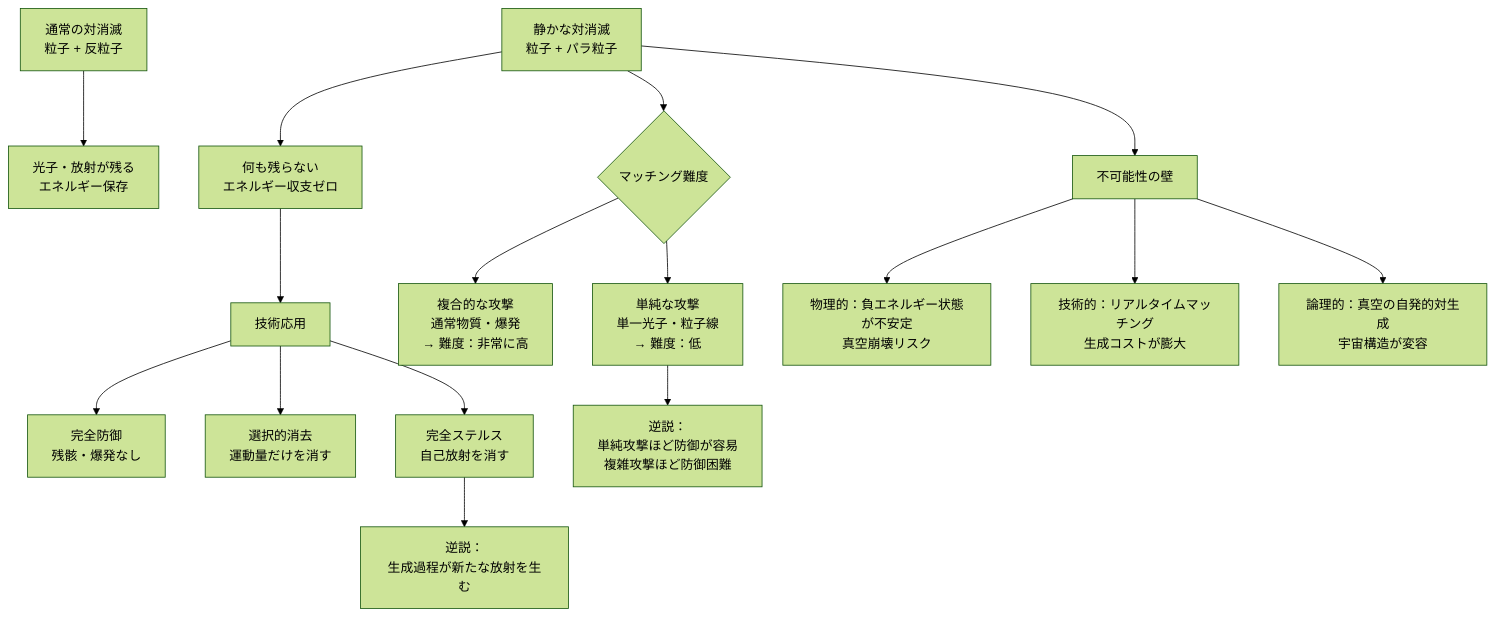
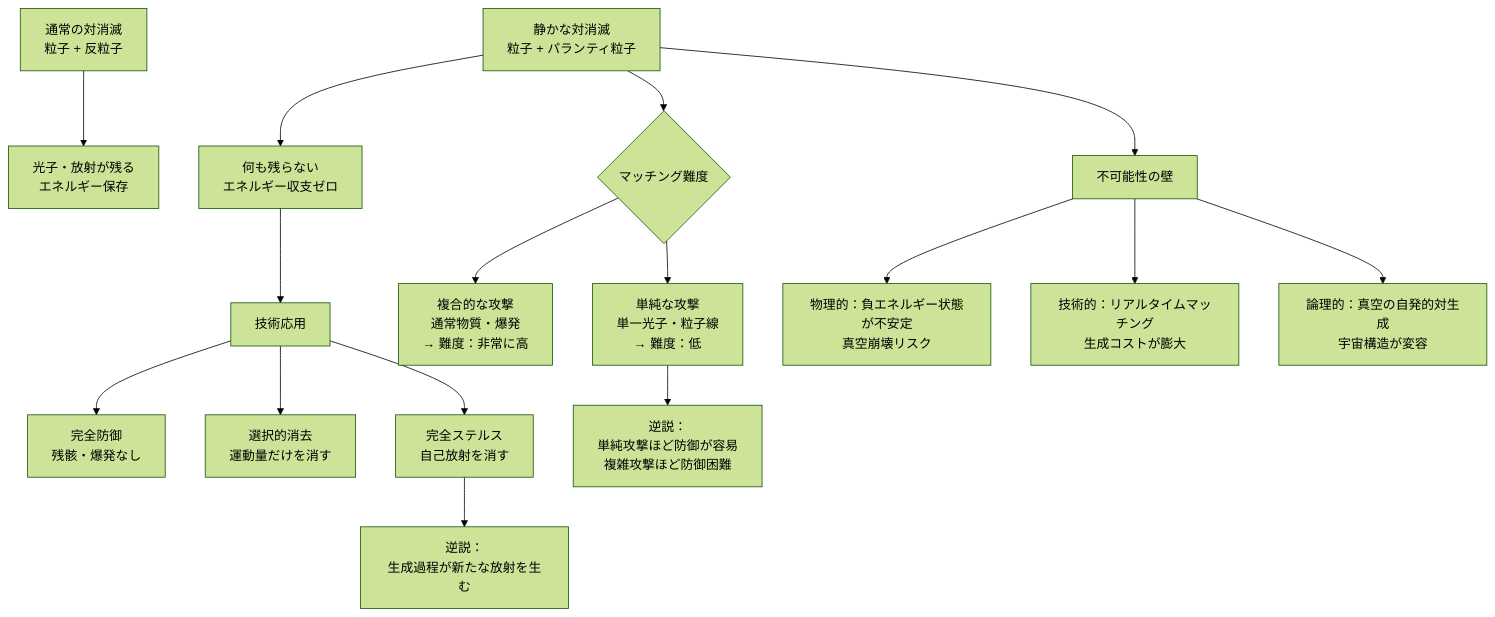
One commit to theronium/WhatIfImpossible changed the diagram in docs/physics/wiim_038.md. Above: the diagram before and after it, drawn with Mermaid (forest theme). The commit also changed other lines of this file and 35 other files, not shown here.

````diff
--- a/docs/physics/wiim_038.md
+++ b/docs/physics/wiim_038.md
@@ -113,23 +113,23 @@
 ```mermaid
 flowchart TD
     A[通常の対消滅\n粒子 + 反粒子] --> A1[光子・放射が残る\nエネルギー保存]
 
-    B[静かな対消滅\n粒子 + パラ粒子] --> B1[何も残らない\nエネルギー収支ゼロ]
+    B[静かな対消滅\n粒子 + パランティ粒子] --> B1[何も残らない\nエネルギー収支ゼロ]
 
     B --> C{マッチング難度}
     C --> C1[単純な攻撃\n単一光子・粒子線\n→ 難度：低]
     C --> C2[複合的な攻撃\n通常物質・爆発\n→ 難度：非常に高]
 
     B1 --> D[技術応用]
     D --> D1[完全防御\n残骸・爆発なし]
     D --> D2[選択的消去\n運動量だけを消す]
     D --> D3[完全ステルス\n自己放射を消す]
 
     D3 --> D4[逆説：\n生成過程が新たな放射を生む]
     C1 --> D5[逆説：\n単純攻撃ほど防御が容易\n複雑攻撃ほど防御困難]
 
     B --> E[不可能性の壁]
     E --> E1[物理的：負エネルギー状態が不安定\n真空崩壊リスク]
     E --> E2[技術的：リアルタイムマッチング\n生成コストが膨大]
     E --> E3[論理的：真空の自発的対生成\n宇宙構造が変容]
 ```
````
